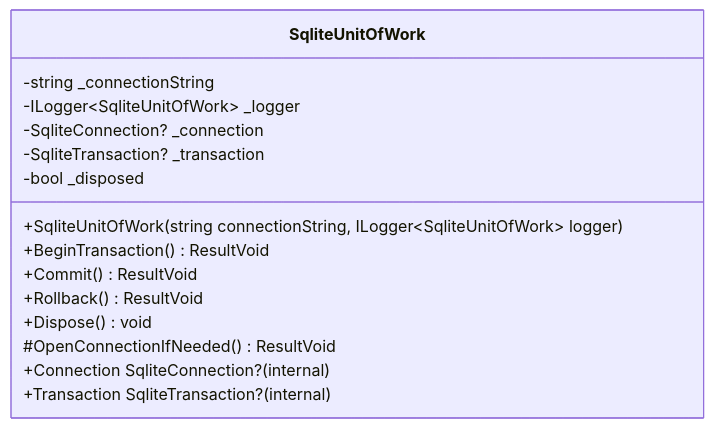
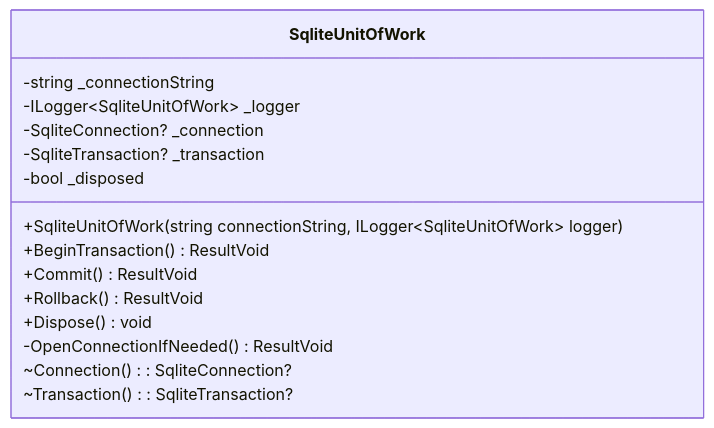
Before and after one commit to college-top-vrn/PhotoCatalog: the diagram in docs/diagrams/infrastructure/SqliteUnitOfWork.md, drawn with Mermaid.

````diff
--- a/docs/diagrams/infrastructure/SqliteUnitOfWork.md
+++ b/docs/diagrams/infrastructure/SqliteUnitOfWork.md
@@ -1,18 +1,18 @@
 ```mermaid
 classDiagram
     class SqliteUnitOfWork {
         -string _connectionString
         -ILogger~SqliteUnitOfWork~ _logger
         -SqliteConnection? _connection
         -SqliteTransaction? _transaction
         -bool _disposed
         +SqliteUnitOfWork(string connectionString, ILogger~SqliteUnitOfWork~ logger)
         +BeginTransaction() ResultVoid
         +Commit() ResultVoid
         +Rollback() ResultVoid
         +Dispose() void
-        #OpenConnectionIfNeeded() ResultVoid
-        +Connection SqliteConnection? (internal)
-        +Transaction SqliteTransaction? (internal)
+        -OpenConnectionIfNeeded() ResultVoid
+        ~Connection(): SqliteConnection?
+        ~Transaction(): SqliteTransaction?
     }
 ```
````
